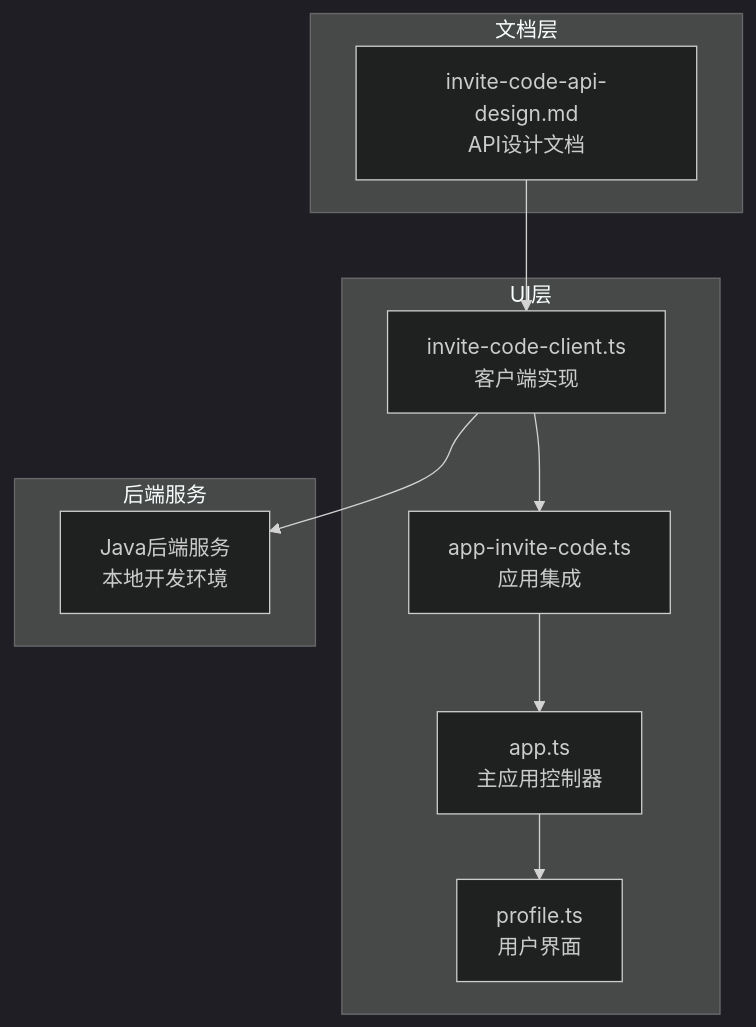
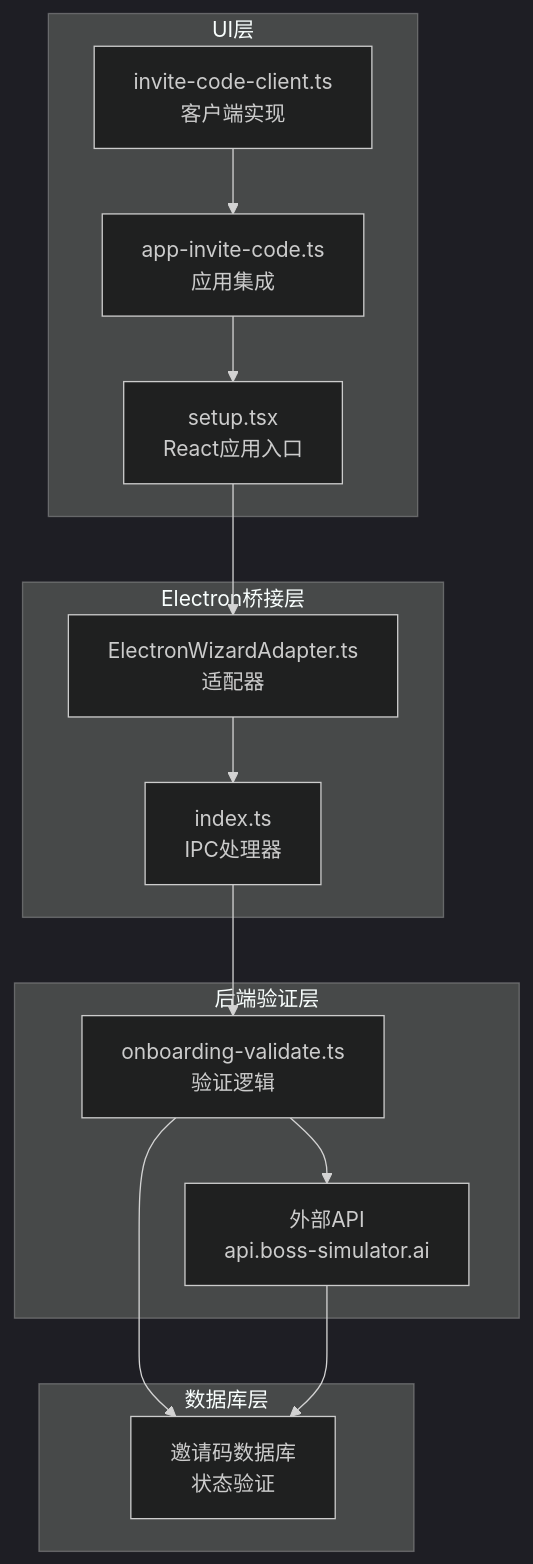
One commit to verse-ai-org/openclaw changed the first of 5 diagrams in .qoder/repowiki/zh/content/核心概念/邀请码API设计文档.md. Above: the diagram before and after it, drawn with Mermaid (dark theme). The commit also changed other lines of this file and 31 other files, not shown here.

````diff
--- a/.qoder/repowiki/zh/content/核心概念/邀请码API设计文档.md
+++ b/.qoder/repowiki/zh/content/核心概念/邀请码API设计文档.md
@@ -33,20 +42,27 @@
 ```mermaid
 graph TB
 subgraph "UI层"
 A[invite-code-client.ts<br/>客户端实现]
 B[app-invite-code.ts<br/>应用集成]
-C[app.ts<br/>主应用控制器]
-D[profile.ts<br/>用户界面]
+C[setup.tsx<br/>React应用入口]
 end
-subgraph "文档层"
-E[invite-code-api-design.md<br/>API设计文档]
+subgraph "Electron桥接层"
+D[ElectronWizardAdapter.ts<br/>适配器]
+E[index.ts<br/>IPC处理器]
 end
-subgraph "后端服务"
-F[Java后端服务<br/>本地开发环境]
+subgraph "后端验证层"
+F[onboarding-validate.ts<br/>验证逻辑]
+G[外部API<br/>api.boss-simulator.ai]
+end
+subgraph "数据库层"
+H[邀请码数据库<br/>状态验证]
 end
 A --> B
 B --> C
 C --> D
-E --> A
-A --> F
+D --> E
+E --> F
+F --> G
+F --> H
+G --> H
 ```
````
